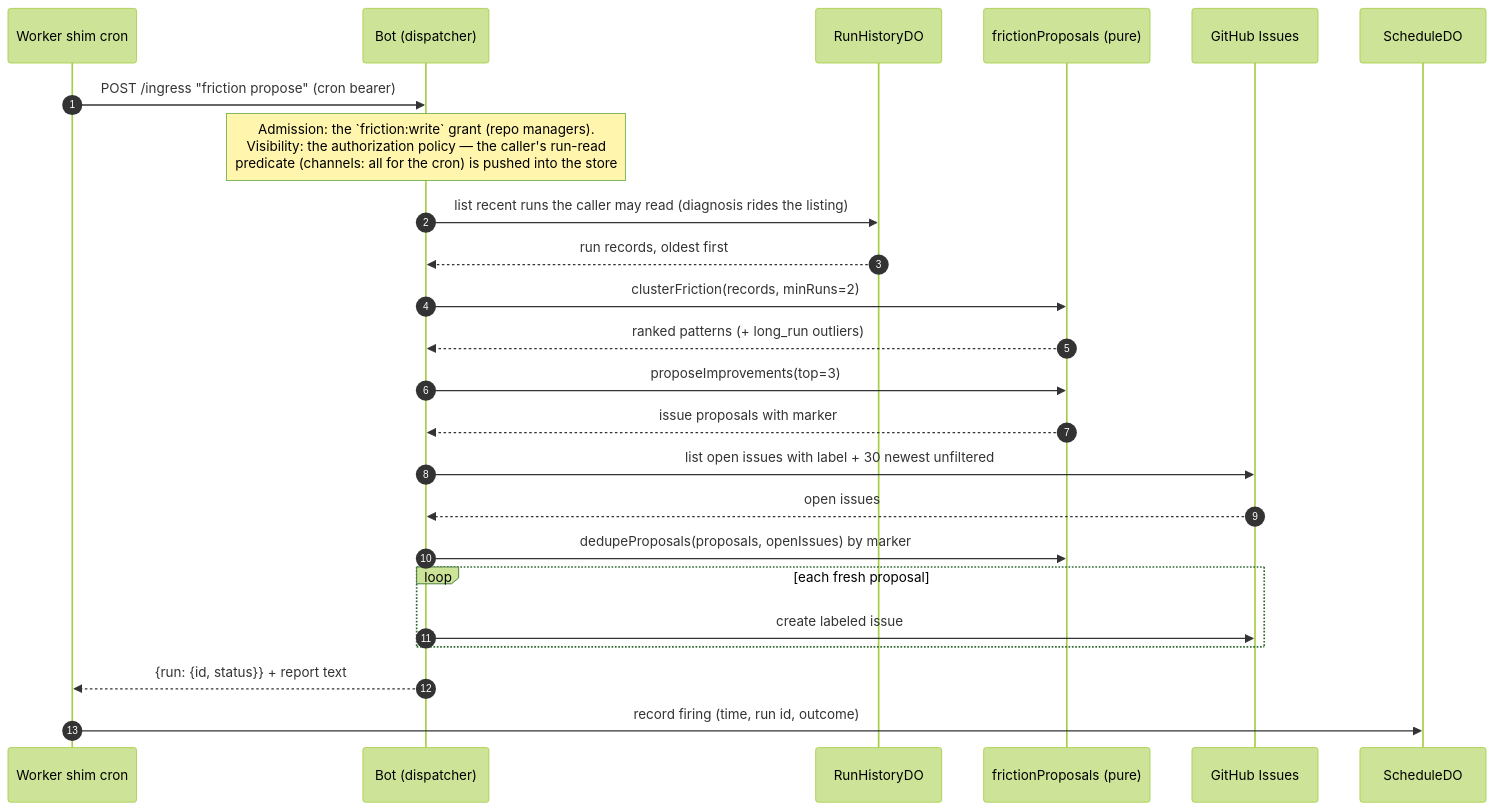
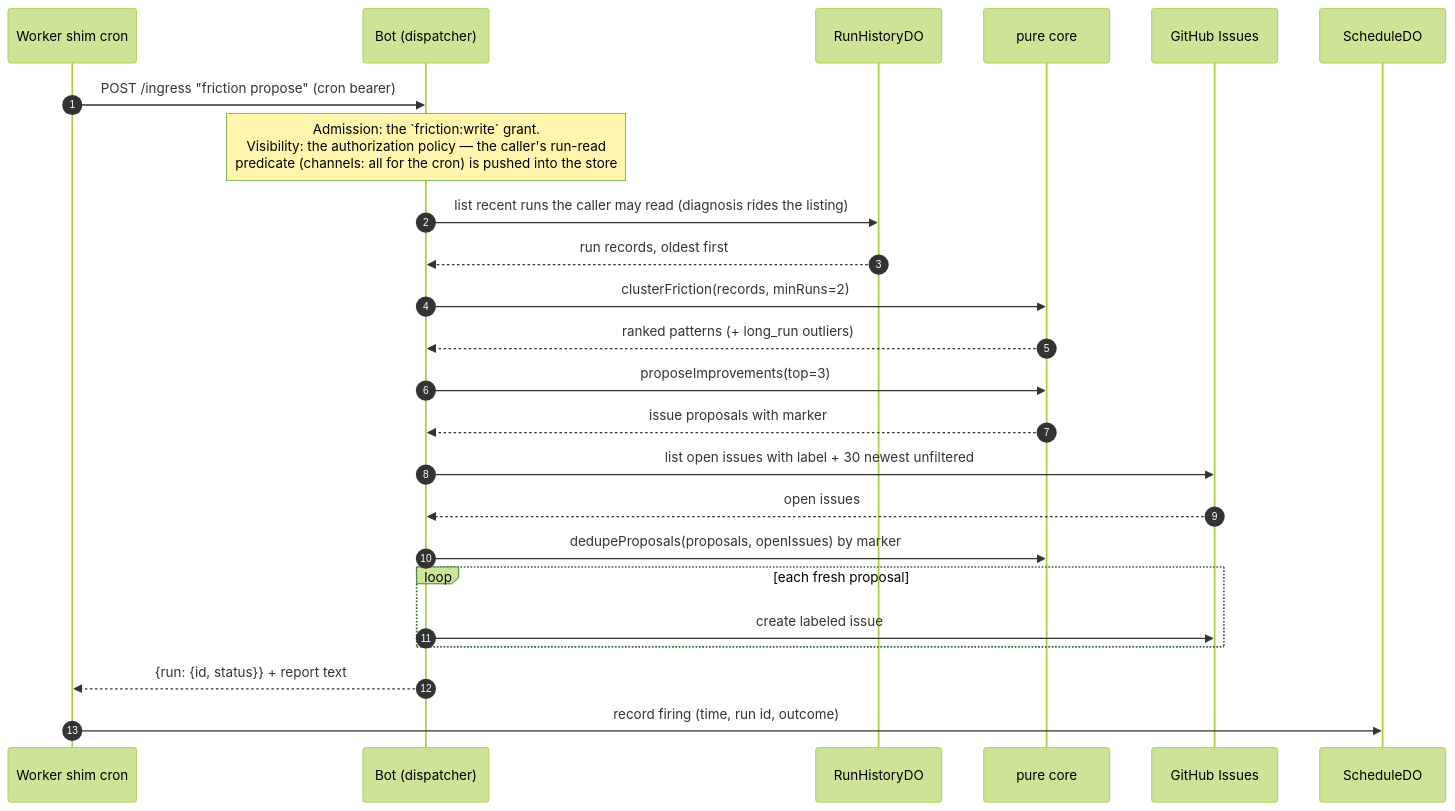
One commit to coreplanelabs/switchboard changed the third of 4 diagrams in docs/explanation/how-switchboard-improves-itself.md. Above: the diagram before and after it, drawn with Mermaid (forest theme). The commit also changed other lines of this file and 41 other files, not shown here.

````diff
--- a/docs/explanation/how-switchboard-improves-itself.md
+++ b/docs/explanation/how-switchboard-improves-itself.md
@@ -79,27 +75,27 @@
 ```mermaid
 sequenceDiagram
     autonumber
     participant Shim as Worker shim cron
     participant Bot as Bot (dispatcher)
     participant Store as RunHistoryDO
-    participant Core as frictionProposals (pure)
+    participant Core as pure core
     participant GH as GitHub Issues
     participant SDO as ScheduleDO
 
     Shim->>Bot: POST /ingress "friction propose" (cron bearer)
-    Note over Bot: Admission: the `friction:write` grant (repo managers).<br/>Visibility: the authorization policy — the caller's run-read<br/>predicate (channels: all for the cron) is pushed into the store
+    Note over Bot: Admission: the `friction:write` grant.<br/>Visibility: the authorization policy — the caller's run-read<br/>predicate (channels: all for the cron) is pushed into the store
     Bot->>Store: list recent runs the caller may read (diagnosis rides the listing)
     Store-->>Bot: run records, oldest first
     Bot->>Core: clusterFriction(records, minRuns=2)
     Core-->>Bot: ranked patterns (+ long_run outliers)
     Bot->>Core: proposeImprovements(top=3)
     Core-->>Bot: issue proposals with marker
     Bot->>GH: list open issues with label + 30 newest unfiltered
     GH-->>Bot: open issues
     Bot->>Core: dedupeProposals(proposals, openIssues) by marker
     loop each fresh proposal
         Bot->>GH: create labeled issue
     end
     Bot-->>Shim: {run: {id, status}} + report text
     Shim->>SDO: record firing (time, run id, outcome)
 ```
````
